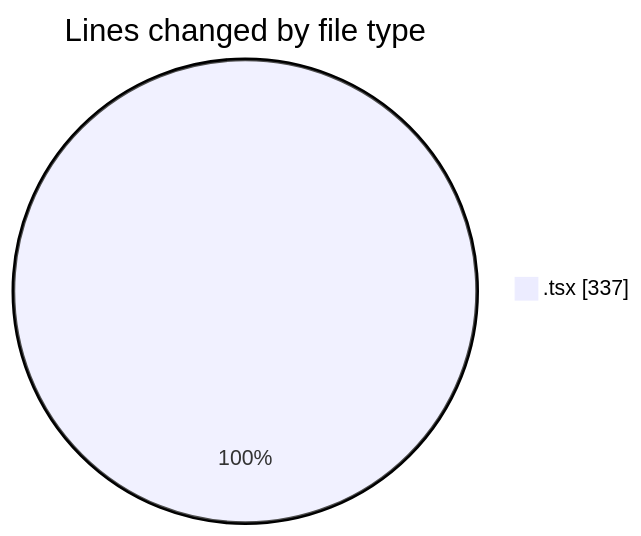
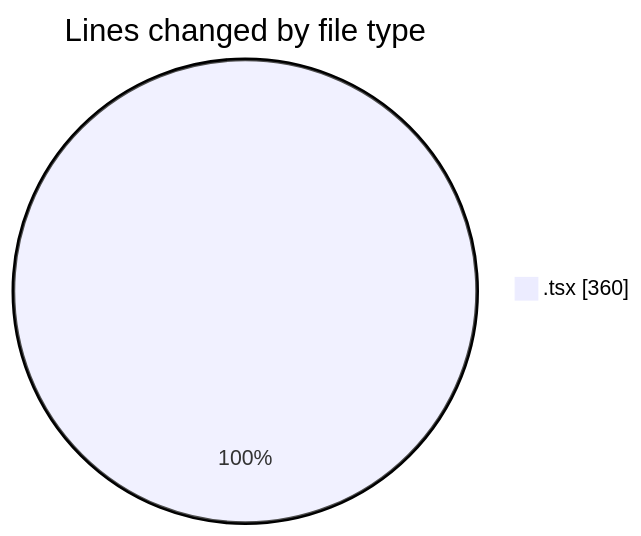
The first of 2 diagrams in 2026-04-27/cda/README.md (momahboobian/code-tracking), drawn with Mermaid before and after one commit. The commit also changed other lines of this file and 1 other file, not shown here.

````diff
--- a/2026-04-27/cda/README.md
+++ b/2026-04-27/cda/README.md
@@ -21,5 +21,5 @@
 ```mermaid
 pie showData
 title Lines changed by file type
-".tsx" : 337
+".tsx" : 360
 ```
````
